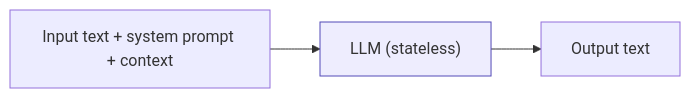
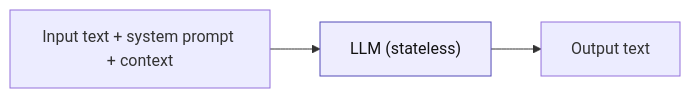
One commit to kkadapa/ai-architecture-primer changed the first of 2 diagrams in sections/01-foundations.md. Above: the diagram before and after it, drawn with Mermaid. The commit also changed other lines of this file and 6 other files, not shown here.

First line of the commit message:
Fix Mermaid dark-mode contrast and add diagram previews to README

````diff
--- a/sections/01-foundations.md
+++ b/sections/01-foundations.md
@@ -19,6 +19,6 @@
 ```mermaid
 flowchart LR
     A["Input text + system prompt + context"] --> B["LLM (stateless)"]
     B --> C["Output text"]
-    style B fill:#EEEDFE,stroke:#534AB7,stroke-width:1px
+    style B fill:#EEEDFE,stroke:#534AB7,stroke-width:1px,color:#111111
 ```
````
